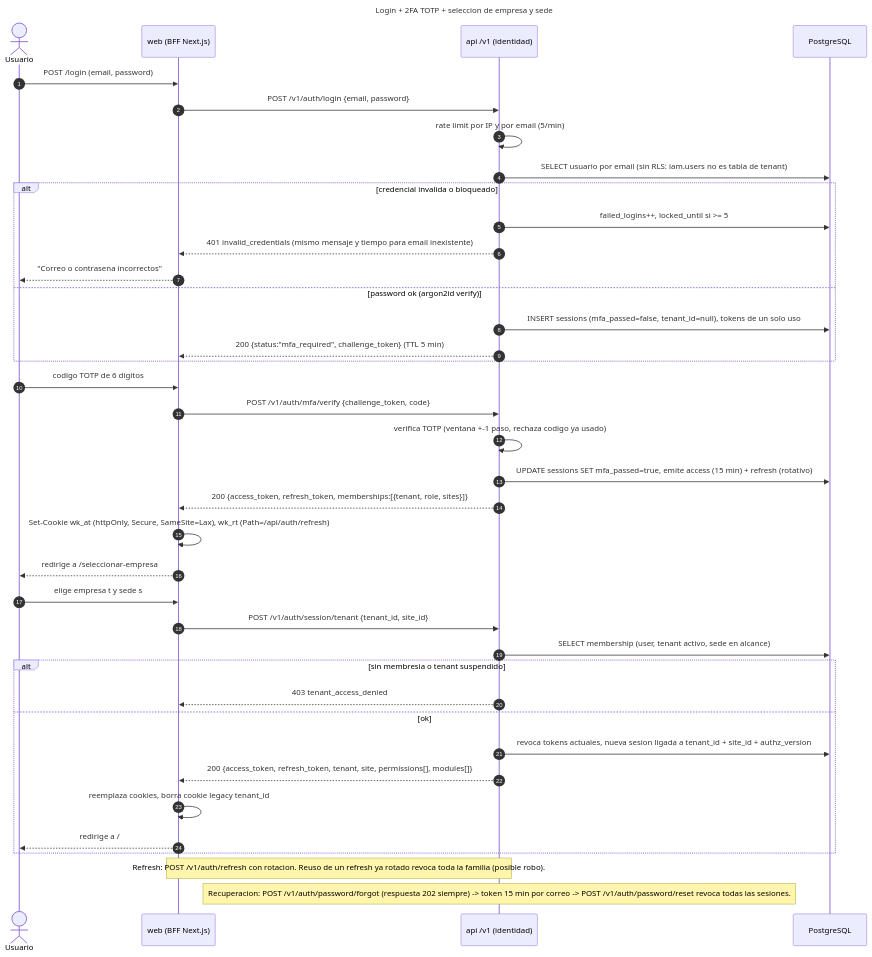
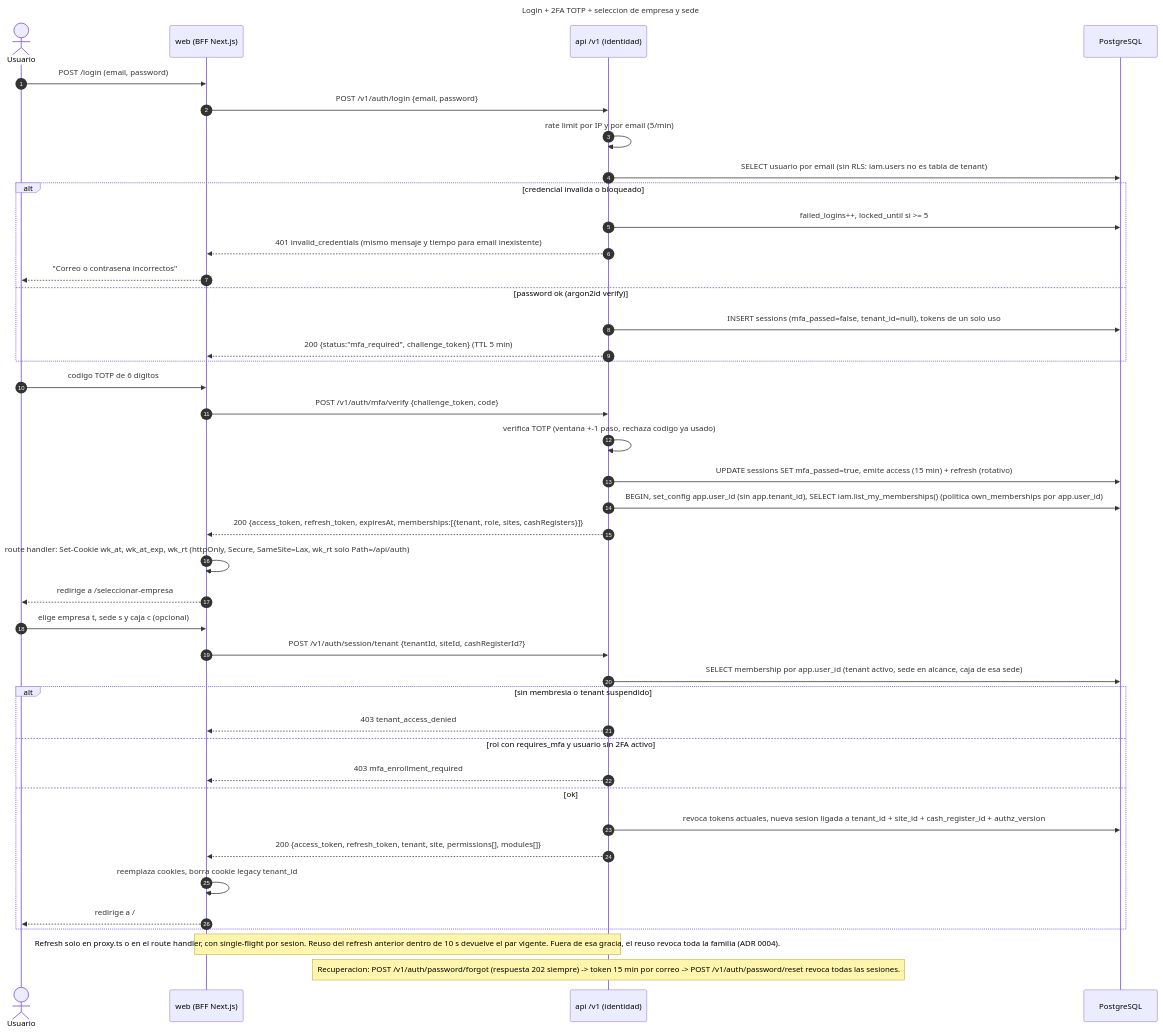
One commit to bacsystem/wanka changed the diagram in docs/architecture/sequences/01-login-2fa-tenant.mmd. Above: the diagram before and after it, drawn with Mermaid. The commit also changed 6 other files, not shown here.

First line of the commit message:
docs(architecture): fix cash-close, transfer, login and lubricentro sequences

```diff
--- a/docs/architecture/sequences/01-login-2fa-tenant.mmd
+++ b/docs/architecture/sequences/01-login-2fa-tenant.mmd
@@ -1,42 +1,45 @@
 ---
 title: Login + 2FA TOTP + seleccion de empresa y sede
 ---
 sequenceDiagram
   autonumber
   actor U as Usuario
   participant W as web (BFF Next.js)
   participant A as api /v1 (identidad)
   participant DB as PostgreSQL
 
   U->>W: POST /login (email, password)
   W->>A: POST /v1/auth/login {email, password}
   A->>A: rate limit por IP y por email (5/min)
   A->>DB: SELECT usuario por email (sin RLS: iam.users no es tabla de tenant)
   alt credencial invalida o bloqueado
     A->>DB: failed_logins++, locked_until si >= 5
     A-->>W: 401 invalid_credentials (mismo mensaje y tiempo para email inexistente)
     W-->>U: "Correo o contrasena incorrectos"
   else password ok (argon2id verify)
     A->>DB: INSERT sessions (mfa_passed=false, tenant_id=null), tokens de un solo uso
     A-->>W: 200 {status:"mfa_required", challenge_token} (TTL 5 min)
   end
   U->>W: codigo TOTP de 6 digitos
   W->>A: POST /v1/auth/mfa/verify {challenge_token, code}
   A->>A: verifica TOTP (ventana +-1 paso, rechaza codigo ya usado)
   A->>DB: UPDATE sessions SET mfa_passed=true, emite access (15 min) + refresh (rotativo)
-  A-->>W: 200 {access_token, refresh_token, memberships:[{tenant, role, sites}]}
-  W->>W: Set-Cookie wk_at (httpOnly, Secure, SameSite=Lax), wk_rt (Path=/api/auth/refresh)
+  A->>DB: BEGIN, set_config app.user_id (sin app.tenant_id), SELECT iam.list_my_memberships() (politica own_memberships por app.user_id)
+  A-->>W: 200 {access_token, refresh_token, expiresAt, memberships:[{tenant, role, sites, cashRegisters}]}
+  W->>W: route handler: Set-Cookie wk_at, wk_at_exp, wk_rt (httpOnly, Secure, SameSite=Lax, wk_rt solo Path=/api/auth)
   W-->>U: redirige a /seleccionar-empresa
-  U->>W: elige empresa t y sede s
-  W->>A: POST /v1/auth/session/tenant {tenant_id, site_id}
-  A->>DB: SELECT membership (user, tenant activo, sede en alcance)
+  U->>W: elige empresa t, sede s y caja c (opcional)
+  W->>A: POST /v1/auth/session/tenant {tenantId, siteId, cashRegisterId?}
+  A->>DB: SELECT membership por app.user_id (tenant activo, sede en alcance, caja de esa sede)
   alt sin membresia o tenant suspendido
     A-->>W: 403 tenant_access_denied
+  else rol con requires_mfa y usuario sin 2FA activo
+    A-->>W: 403 mfa_enrollment_required
   else ok
-    A->>DB: revoca tokens actuales, nueva sesion ligada a tenant_id + site_id + authz_version
+    A->>DB: revoca tokens actuales, nueva sesion ligada a tenant_id + site_id + cash_register_id + authz_version
     A-->>W: 200 {access_token, refresh_token, tenant, site, permissions[], modules[]}
     W->>W: reemplaza cookies, borra cookie legacy tenant_id
     W-->>U: redirige a /
   end
-  Note over W,A: Refresh: POST /v1/auth/refresh con rotacion. Reuso de un refresh ya rotado revoca toda la familia (posible robo).
+  Note over W,A: Refresh solo en proxy.ts o en el route handler, con single-flight por sesion. Reuso del refresh anterior dentro de 10 s devuelve el par vigente. Fuera de esa gracia, el reuso revoca toda la familia (ADR 0004).
   Note over A: Recuperacion: POST /v1/auth/password/forgot (respuesta 202 siempre) -> token 15 min por correo -> POST /v1/auth/password/reset revoca todas las sesiones.
```
